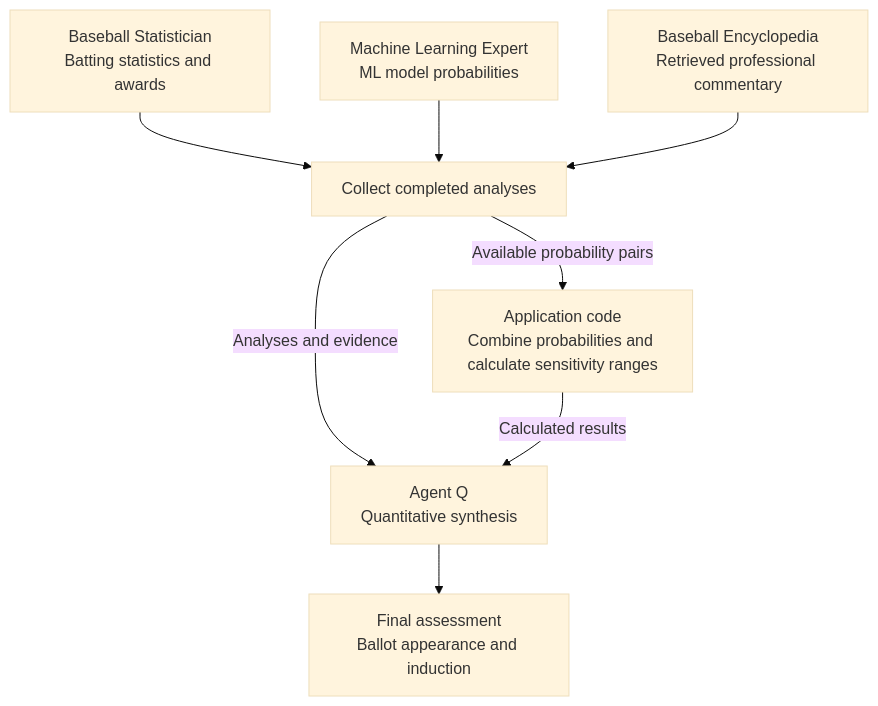
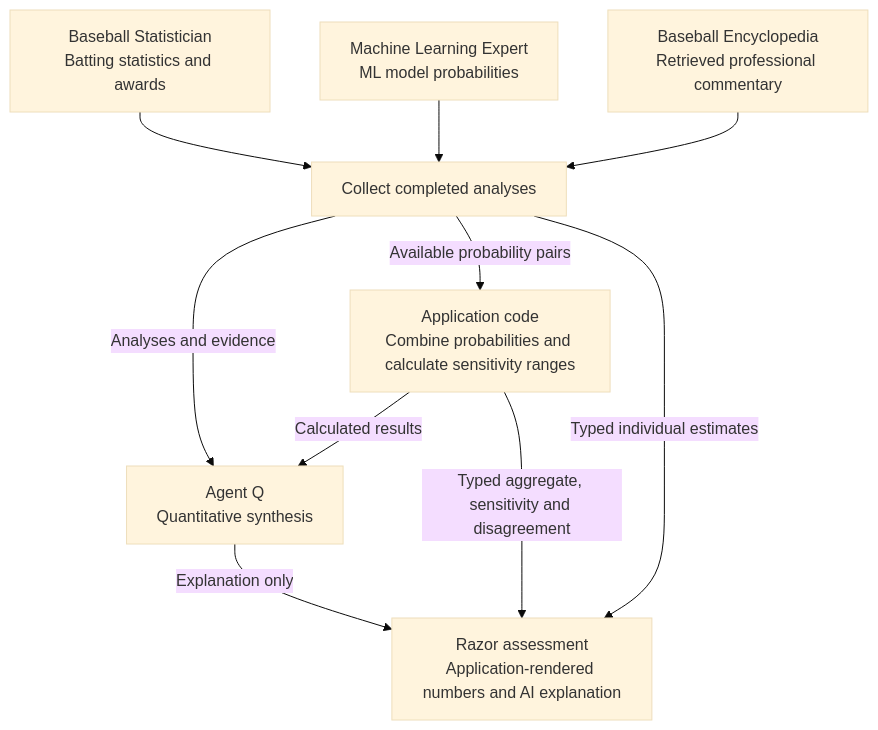
Before and after one commit to bartczernicki/MachineLearning-BaseballPrediction-BlazorApp: the first of 2 diagrams in README.md, drawn with Mermaid (base theme). The commit also changed other lines of this file and 19 other files, not shown here.

Commit message:
Structured numeric results alongside the AI narrative from both analysis endpoints. Render probabilities, recommendations, sensitivity, and disagreement directly in Razor.

````diff
--- a/README.md
+++ b/README.md
@@ -43,16 +43,18 @@
 ```mermaid
 flowchart TD
     S["Baseball Statistician<br/>Batting statistics and awards"]
     M["Machine Learning Expert<br/>ML model probabilities"]
     E["Baseball Encyclopedia<br/>Retrieved professional commentary"]
 
     S --> A["Collect completed analyses"]
     M --> A
     E --> A
 
     A -->|Analyses and evidence| Q["Agent Q<br/>Quantitative synthesis"]
     A -->|Available probability pairs| C["Application code<br/>Combine probabilities and calculate sensitivity ranges"]
     C -->|Calculated results| Q
 
-    Q --> R["Final assessment<br/>Ballot appearance and induction"]
+    A -->|Typed individual estimates| R["Razor assessment<br/>Application-rendered numbers and AI explanation"]
+    C -->|Typed aggregate, sensitivity and disagreement| R
+    Q -->|Explanation only| R
 ```
````
